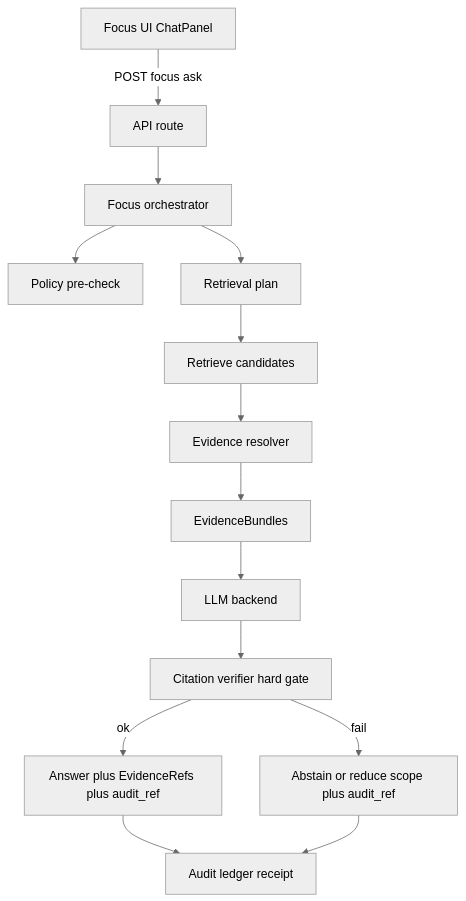
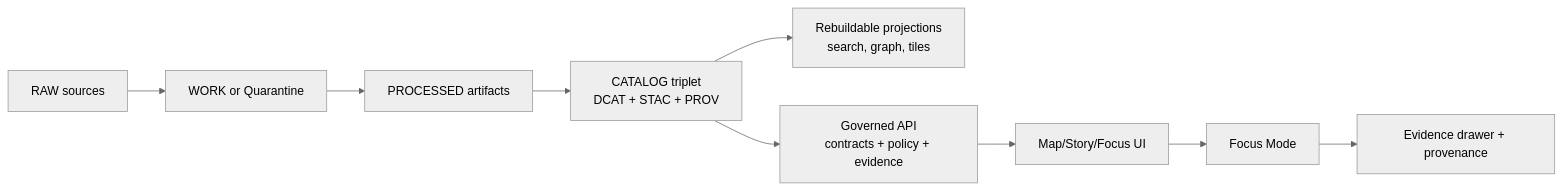
The first of 2 diagrams in packages/focus/README.md (bartytime4life/Kansas-Frontier-Matrix), drawn with Mermaid (neutral theme) before and after one commit. The commit also changed other lines of this file, not shown here.

````diff
--- a/packages/focus/README.md
+++ b/packages/focus/README.md
@@ -88,16 +63,11 @@
 ```mermaid
-flowchart TD
-  UI[Focus UI ChatPanel] -->|POST focus ask| Route[API route]
-  Route --> Orchestrator[Focus orchestrator]
-  Orchestrator --> PreCheck[Policy pre-check]
-  Orchestrator --> Plan[Retrieval plan]
-  Plan --> Retrieve[Retrieve candidates]
-  Retrieve --> Resolver[Evidence resolver]
-  Resolver --> Bundles[EvidenceBundles]
-  Bundles --> Model[LLM backend]
-  Model --> Verify[Citation verifier hard gate]
-  Verify -->|ok| Response[Answer plus EvidenceRefs plus audit_ref]
-  Verify -->|fail| Abstain[Abstain or reduce scope plus audit_ref]
-  Response --> Audit[Audit ledger receipt]
-  Abstain --> Audit
+flowchart LR
+  Raw[RAW sources] --> Work[WORK or Quarantine]
+  Work --> Proc[PROCESSED artifacts]
+  Proc --> Triplet[CATALOG triplet<br/>DCAT + STAC + PROV]
+  Triplet --> Proj[Rebuildable projections<br/>search, graph, tiles]
+  Triplet --> API[Governed API<br/>contracts + policy + evidence]
+  API --> UI[Map/Story/Focus UI]
+  UI --> Focus[Focus Mode]
+  Focus --> Drawer[Evidence drawer + provenance]
 ```
````
